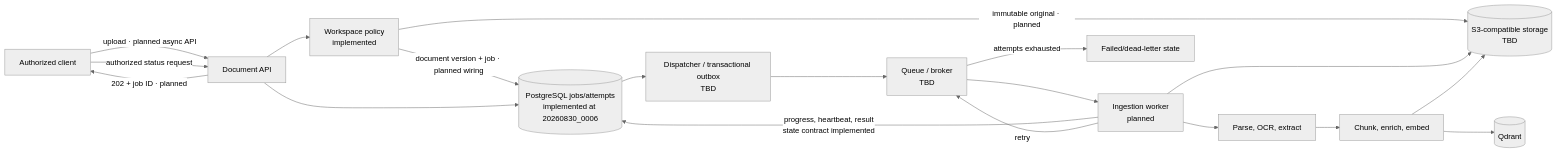
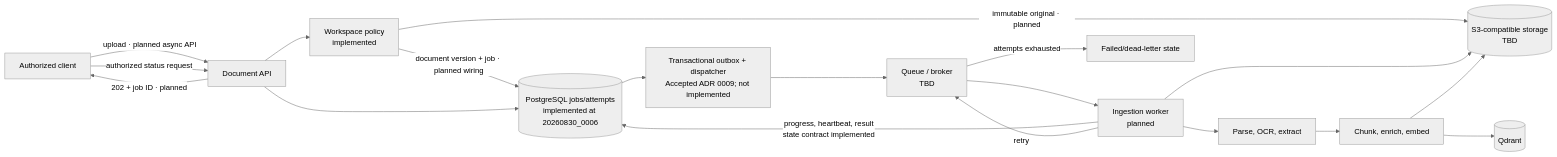
One commit to mvyas412/ai-projects changed the fifth of 11 diagrams in mm-rag-full-stack-genai-bootcamp-3.0/docs/architecture/ARCHITECTURE.md. Above: the diagram before and after it, drawn with Mermaid (neutral theme). The commit also changed other lines of this file and 3 other files, not shown here.

Commit message:
docs(mm-rag): accept transactional outbox contract

````diff
--- a/mm-rag-full-stack-genai-bootcamp-3.0/docs/architecture/ARCHITECTURE.md
+++ b/mm-rag-full-stack-genai-bootcamp-3.0/docs/architecture/ARCHITECTURE.md
@@ -253,21 +256,21 @@
 ```mermaid
 flowchart LR
     client["Authorized client"] -->|"upload · planned async API"| api["Document API"]
     api --> policy["Workspace policy<br/>implemented"]
     policy -->|"immutable original · planned"| objects[("S3-compatible storage<br/>TBD")]
     policy -->|"document version + job · planned wiring"| pg[("PostgreSQL jobs/attempts<br/>implemented at 20260830_0006")]
     api -->|"202 + job ID · planned"| client
-    pg --> outbox["Dispatcher / transactional outbox<br/>TBD"]
+    pg --> outbox["Transactional outbox + dispatcher<br/>Accepted ADR 0009; not implemented"]
     outbox --> queue["Queue / broker<br/>TBD"]
     queue --> worker["Ingestion worker<br/>planned"]
     worker --> objects
     worker --> parse["Parse, OCR, extract"]
     parse --> enrich["Chunk, enrich, embed"]
     enrich --> qdrant[("Qdrant")]
     enrich --> objects
     worker -->|"progress, heartbeat, result<br/>state contract implemented"| pg
     worker -->|"retry"| queue
     queue -->|"attempts exhausted"| dead["Failed/dead-letter state"]
     client -->|"authorized status request"| api
     api --> pg
 ```
````
